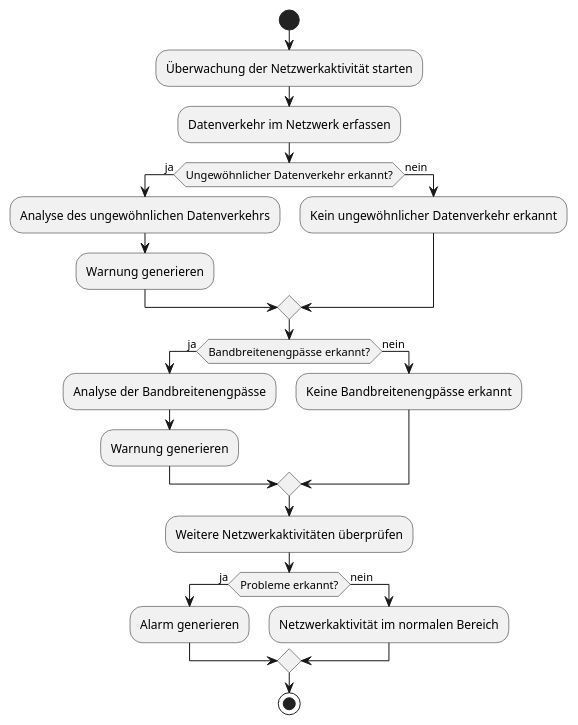
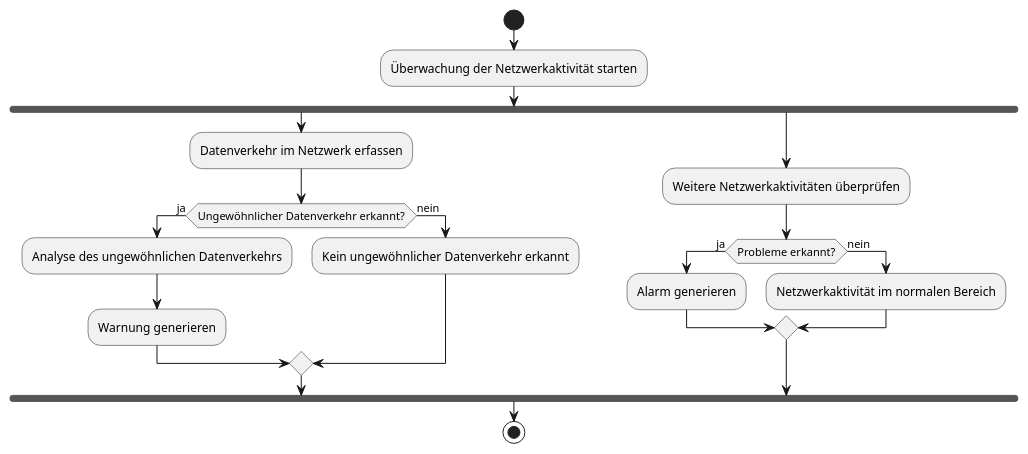
One commit to helenlaible/ss23-kba-project changed the sixth of 14 diagrams in docs/2_planning/3_activity_diagrams.md. Above: the diagram before and after it, drawn with PlantUML. The commit also changed other lines of this file, not shown here.

````diff
--- a/docs/2_planning/3_activity_diagrams.md
+++ b/docs/2_planning/3_activity_diagrams.md
@@ -137,28 +141,25 @@
 ```plantuml Überwachung der Netzwerkaktivität
 @startuml
 start
 
 :Überwachung der Netzwerkaktivität starten;
-:Datenverkehr im Netzwerk erfassen;
-if (Ungewöhnlicher Datenverkehr erkannt?) then (ja)
-  :Analyse des ungewöhnlichen Datenverkehrs;
-  :Warnung generieren;
-else (nein)
-  :Kein ungewöhnlicher Datenverkehr erkannt;
-endif
-if (Bandbreitenengpässe erkannt?) then (ja)
-  :Analyse der Bandbreitenengpässe;
-  :Warnung generieren;
-else (nein)
-  :Keine Bandbreitenengpässe erkannt;
-endif
-:Weitere Netzwerkaktivitäten überprüfen;
-if (Probleme erkannt?) then (ja)
-  :Alarm generieren;
-else (nein)
-  :Netzwerkaktivität im normalen Bereich;
-endif
+fork
+  :Datenverkehr im Netzwerk erfassen;
+  if (Ungewöhnlicher Datenverkehr erkannt?) then (ja)
+    :Analyse des ungewöhnlichen Datenverkehrs;
+    :Warnung generieren;
+  else (nein)
+    :Kein ungewöhnlicher Datenverkehr erkannt;
+  endif
+fork again
+  :Weitere Netzwerkaktivitäten überprüfen;
+  if (Probleme erkannt?) then (ja)
+    :Alarm generieren;
+  else (nein)
+    :Netzwerkaktivität im normalen Bereich;
+  endif
+end fork
 
 stop
 @enduml
 ```
````
